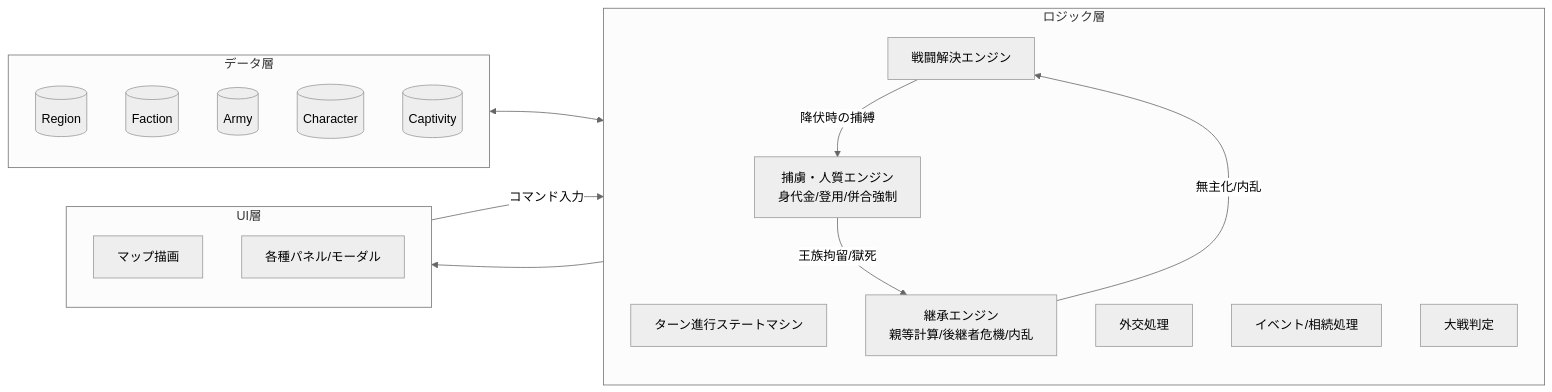
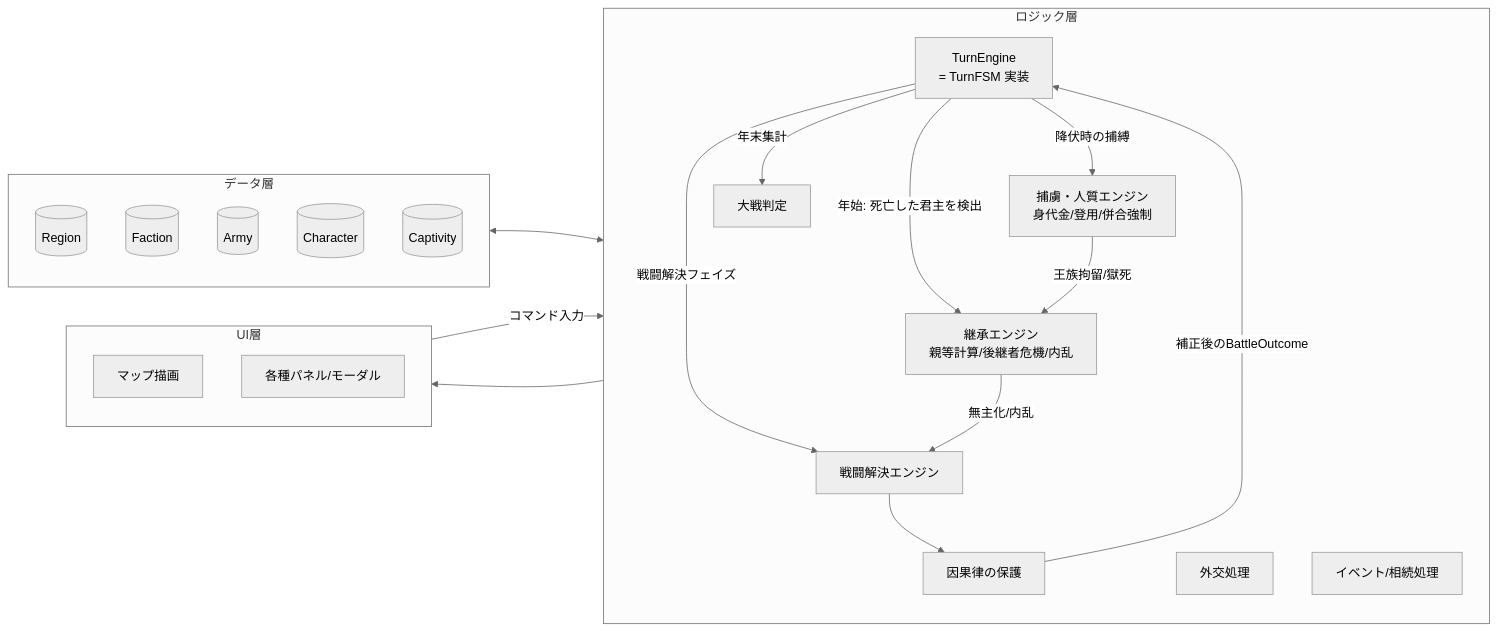
Before and after one commit to InfraOjisan/europe_962: the fifth of 5 diagrams in docs/gamesystem_design.md, drawn with Mermaid (neutral theme). The commit also changed other lines of this file and 11 other files, not shown here.

````diff
--- a/docs/gamesystem_design.md
+++ b/docs/gamesystem_design.md
@@ -458,30 +495,36 @@
 ```mermaid
 flowchart LR
     subgraph Data["データ層"]
         Regions[(Region)]
         Factions[(Faction)]
         Armies[(Army)]
         Characters[(Character)]
         Captivities[(Captivity)]
     end
     subgraph Logic["ロジック層"]
-        TurnFSM[ターン進行ステートマシン]
+        TurnEngine[TurnEngine\n= TurnFSM 実装]
         Diplo[外交処理]
         CombatEngine[戦闘解決エンジン]
+        CausalityGuard[因果律の保護]
         EventEngine[イベント/相続処理]
         SuccessionEngine[継承エンジン\n親等計算/後継者危機/内乱]
         CaptivityEngine[捕虜・人質エンジン\n身代金/登用/併合強制]
         WarCheck[大戦判定]
     end
     subgraph UI["UI層"]
         MapView[マップ描画]
         Panels[各種パネル/モーダル]
     end
 
     Data <--> Logic
     Logic --> UI
     UI -->|コマンド入力| Logic
-    CombatEngine -->|降伏時の捕縛| CaptivityEngine
+    TurnEngine -->|年始: 死亡した君主を検出| SuccessionEngine
+    TurnEngine -->|戦闘解決フェイズ| CombatEngine
+    CombatEngine --> CausalityGuard
+    CausalityGuard -->|補正後のBattleOutcome| TurnEngine
+    TurnEngine -->|降伏時の捕縛| CaptivityEngine
     CaptivityEngine -->|王族拘留/獄死| SuccessionEngine
     SuccessionEngine -->|無主化/内乱| CombatEngine
+    TurnEngine -->|年末集計| WarCheck
 ```
````
